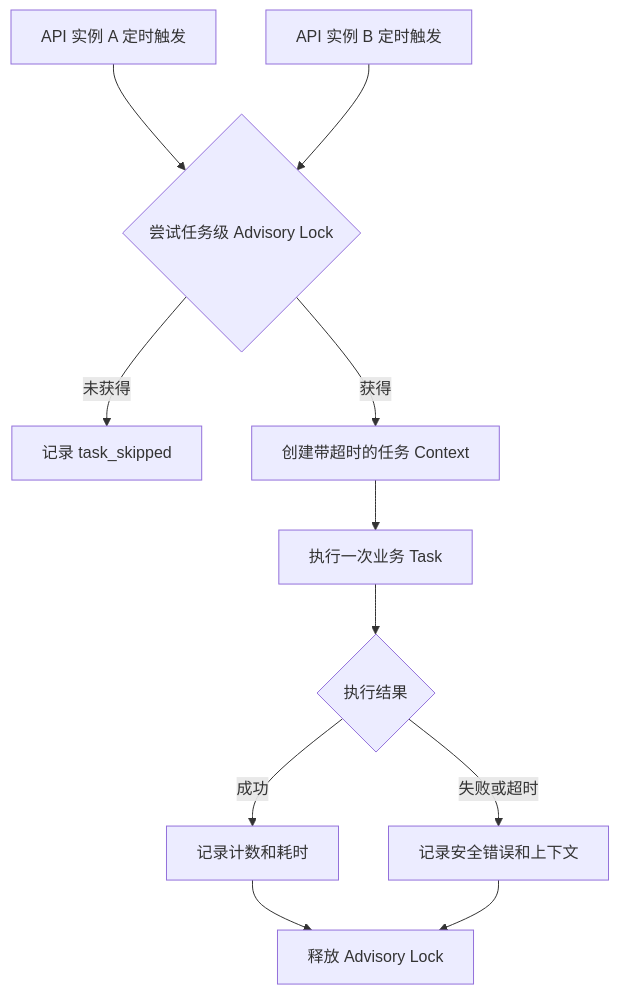
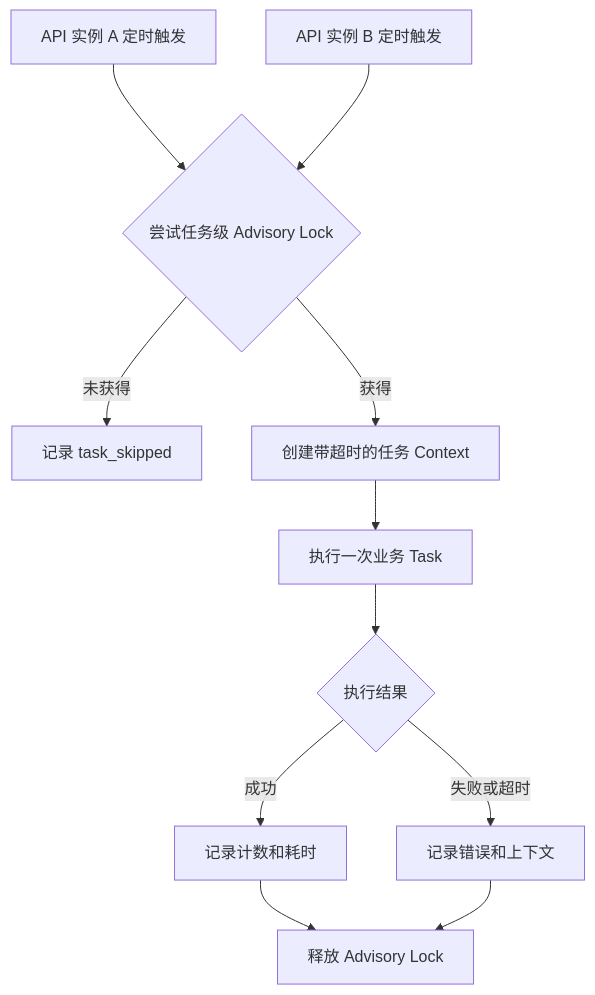
The diagram in docs/superpowers/specs/2026-08-04-multi-instance-scheduled-tasks-design.md (tourdt/wplink), drawn with Mermaid before and after one commit. The commit also changed other lines of this file and 2 other files, not shown here.

````diff
--- a/docs/superpowers/specs/2026-08-04-multi-instance-scheduled-tasks-design.md
+++ b/docs/superpowers/specs/2026-08-04-multi-instance-scheduled-tasks-design.md
@@ -124,13 +126,13 @@
 ```mermaid
 flowchart TD
   timerA["API 实例 A 定时触发"] --> lock{"尝试任务级 Advisory Lock"}
   timerB["API 实例 B 定时触发"] --> lock
   lock -->|未获得| skipped["记录 task_skipped"]
   lock -->|获得| timeout["创建带超时的任务 Context"]
   timeout --> run["执行一次业务 Task"]
   run --> result{"执行结果"}
   result -->|成功| success["记录计数和耗时"]
-  result -->|失败或超时| failed["记录安全错误和上下文"]
+  result -->|失败或超时| failed["记录错误和上下文"]
   success --> unlock["释放 Advisory Lock"]
   failed --> unlock
 ```
````
